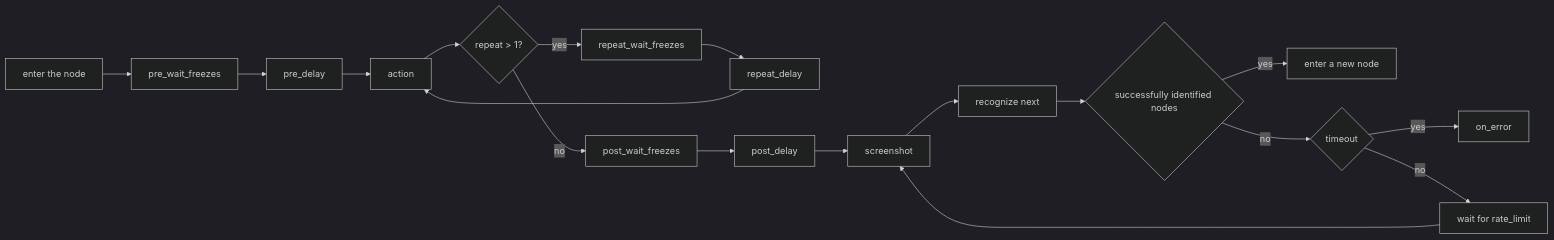
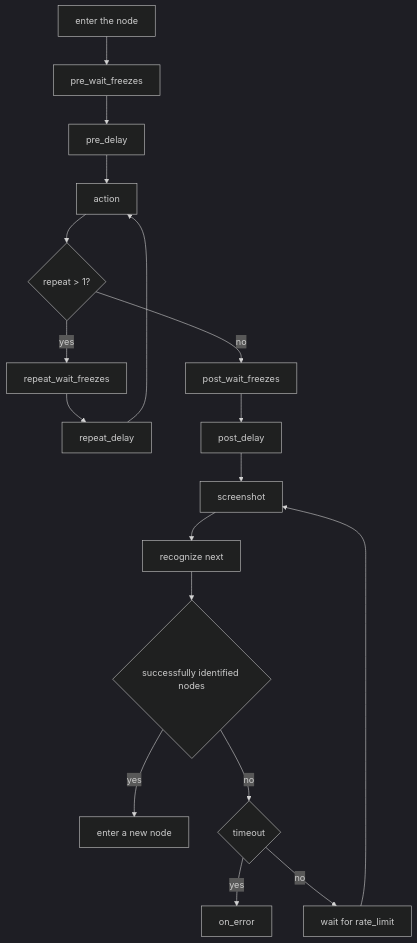
One commit to MaaXYZ/MaaFramework changed the third of 4 diagrams in docs/en_us/3.1-PipelineProtocol.md. Above: the diagram before and after it, drawn with Mermaid (dark theme). The commit also changed 1 other file, not shown here.

Commit message:
docs: 将 Pipeline 文档中的 mermaid 图表改为上下布局 (#1010)
fix https://github.com/MaaXYZ/MaaFramework/issues/1006

## Summary by Sourcery

文档：
- 将英文和中文文档中的 Mermaid 流程管道图从左右布局调整为上下布局，以提升复杂工作流的可读性。

<details>
<summary>Original summary in English</summary>

## Summary by Sourcery

Documentation:
- Change Mermaid pipeline flowcharts in English and Chinese
documentation from left-right to top-bottom orientation to improve
readability of complex workflows.

</details>

````diff
--- a/docs/en_us/3.1-PipelineProtocol.md
+++ b/docs/en_us/3.1-PipelineProtocol.md
@@ -235,20 +235,20 @@
 ```mermaid
-    graph LR
+    graph TB
         A[enter the node] --> B[pre_wait_freezes]
         B --> C[pre_delay]
         C --> D[action]
         D --> M{repeat > 1?}
         M -->|yes| N[repeat_wait_freezes]
         N --> O[repeat_delay]
         O --> D
         M -->|no| E[post_wait_freezes]
         E --> F[post_delay]
         F --> P[screenshot]
         P --> G[recognize next]
         G --> H{successfully identified nodes}
         H -->|yes| I[enter a new node]
         H -->|no| J{timeout}
         J -->|yes| K[on_error]
         J -->|no| L[wait for rate_limit]
         L --> P
 ```
````
